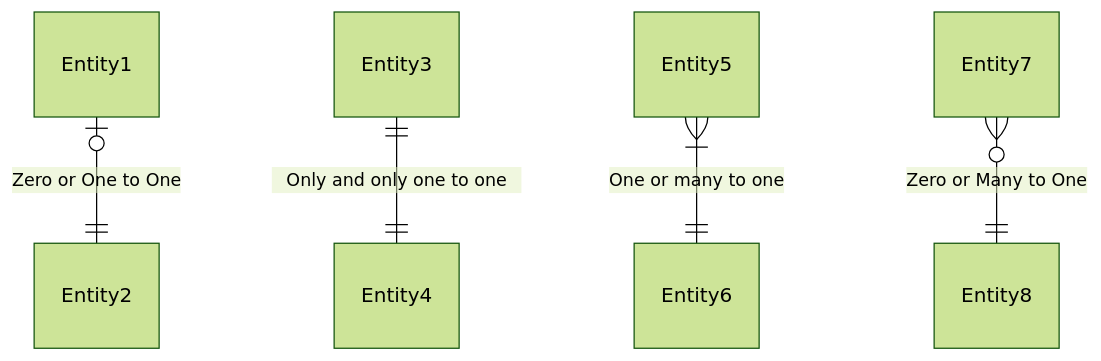
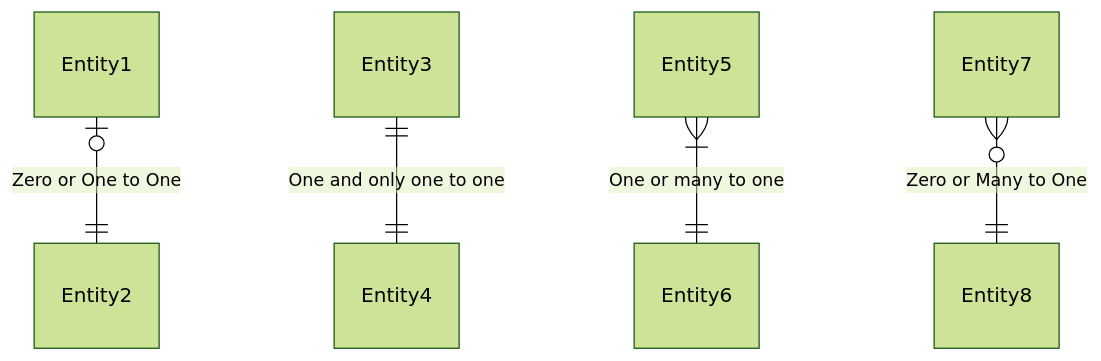
Before and after one commit to vishvish2/COMP0035-tutorials-2025: the diagram in src/activities/db/key.md, drawn with Mermaid (forest theme). The commit also changed 5 other files, not shown here.

Commit message:
ERD Diagrams

````diff
--- a/src/activities/db/key.md
+++ b/src/activities/db/key.md
@@ -1,10 +1,10 @@
 ```mermaid
 erDiagram
     Entity1 o|--|| Entity2 : "Zero or One to One"
 
-    Entity3 ||--|| Entity4 : "Only and only one to one"
+    Entity3 ||--|| Entity4 : "One and only one to one"
 
     Entity5 }|--|| Entity6 : "One or many to one"
 
     Entity7 }o--|| Entity8 : "Zero or Many to One"
 ```
````
